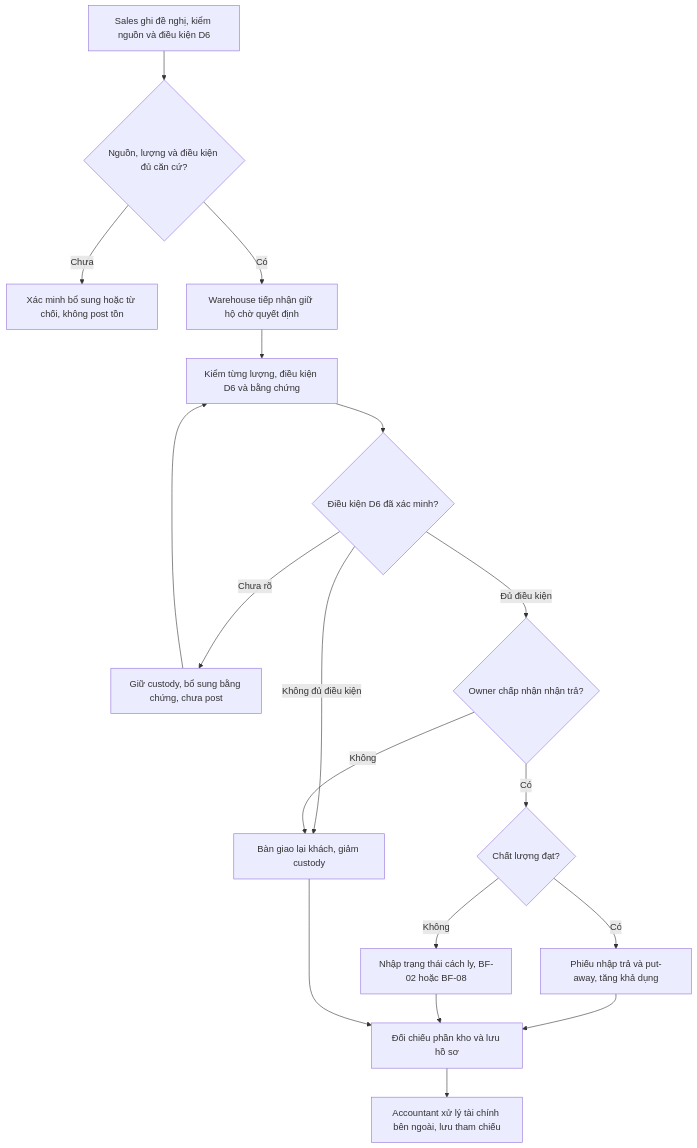
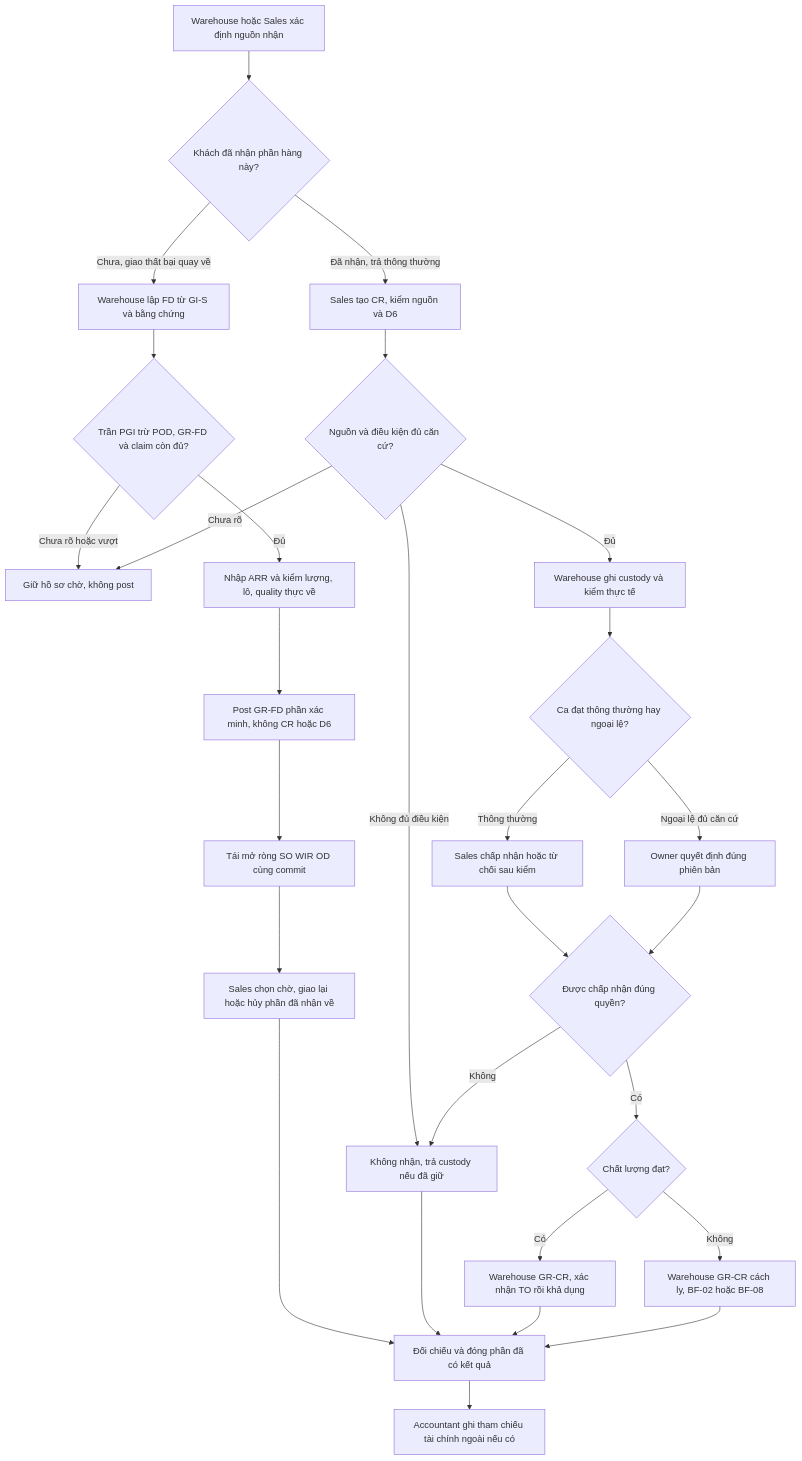
Before and after one commit to minhbach032003/docs_doan: the eighth of 9 diagrams in docs/02_nghiep_vu/de_xuat_quy_trinh_2_VI.md, drawn with Mermaid. The commit also changed other lines of this file and 3 other files, not shown here.

````diff
--- a/docs/02_nghiep_vu/de_xuat_quy_trinh_2_VI.md
+++ b/docs/02_nghiep_vu/de_xuat_quy_trinh_2_VI.md
@@ -786,20 +821,30 @@
 ```mermaid
 flowchart TD
- A[Sales ghi đề nghị, kiểm nguồn và điều kiện D6] --> B{Nguồn, lượng và điều kiện đủ căn cứ?}
- B -->|Chưa| C[Xác minh bổ sung hoặc từ chối, không post tồn]
- B -->|Có| D[Warehouse tiếp nhận giữ hộ chờ quyết định]
- D --> E[Kiểm từng lượng, điều kiện D6 và bằng chứng]
- E --> Q{Điều kiện D6 đã xác minh?}
- Q -->|Chưa rõ| P[Giữ custody, bổ sung bằng chứng, chưa post]
- P --> E
- Q -->|Không đủ điều kiện| G[Bàn giao lại khách, giảm custody]
- Q -->|Đủ điều kiện| F{Owner chấp nhận nhận trả?}
- F -->|Không| G[Bàn giao lại khách, giảm custody]
- F -->|Có| H{Chất lượng đạt?}
- H -->|Có| I[Phiếu nhập trả và put-away, tăng khả dụng]
- H -->|Không| J[Nhập trạng thái cách ly, BF-02 hoặc BF-08]
- I --> K[Đối chiếu phần kho và lưu hồ sơ]
- J --> K
- G --> K
- K --> L[Accountant xử lý tài chính bên ngoài, lưu tham chiếu]
+ A[Warehouse hoặc Sales xác định nguồn nhận] --> B{Khách đã nhận phần hàng này?}
+ B -->|Chưa, giao thất bại quay về| F1[Warehouse lập FD từ GI-S và bằng chứng]
+ F1 --> F2{Trần PGI trừ POD, GR-FD và claim còn đủ?}
+ F2 -->|Chưa rõ hoặc vượt| W[Giữ hồ sơ chờ, không post]
+ F2 -->|Đủ| F3[Nhập ARR và kiểm lượng, lô, quality thực về]
+ F3 --> F4[Post GR-FD phần xác minh, không CR hoặc D6]
+ F4 --> F5[Tái mở ròng SO WIR OD cùng commit]
+ F5 --> F6[Sales chọn chờ, giao lại hoặc hủy phần đã nhận về]
+ F6 --> Z[Đối chiếu và đóng phần đã có kết quả]
+ B -->|Đã nhận, trả thông thường| C1[Sales tạo CR, kiểm nguồn và D6]
+ C1 --> C2{Nguồn và điều kiện đủ căn cứ?}
+ C2 -->|Chưa rõ| W
+ C2 -->|Không đủ điều kiện| R[Không nhận, trả custody nếu đã giữ]
+ C2 -->|Đủ| C3[Warehouse ghi custody và kiểm thực tế]
+ C3 --> C4{Ca đạt thông thường hay ngoại lệ?}
+ C4 -->|Thông thường| S[Sales chấp nhận hoặc từ chối sau kiểm]
+ C4 -->|Ngoại lệ đủ căn cứ| O[Owner quyết định đúng phiên bản]
+ S --> D{Được chấp nhận đúng quyền?}
+ O --> D
+ D -->|Không| R
+ D -->|Có| Q{Chất lượng đạt?}
+ Q -->|Có| G[Warehouse GR-CR, xác nhận TO rồi khả dụng]
+ Q -->|Không| H[Warehouse GR-CR cách ly, BF-02 hoặc BF-08]
+ R --> Z
+ G --> Z
+ H --> Z
+ Z --> X[Accountant ghi tham chiếu tài chính ngoài nếu có]
 ```
````
